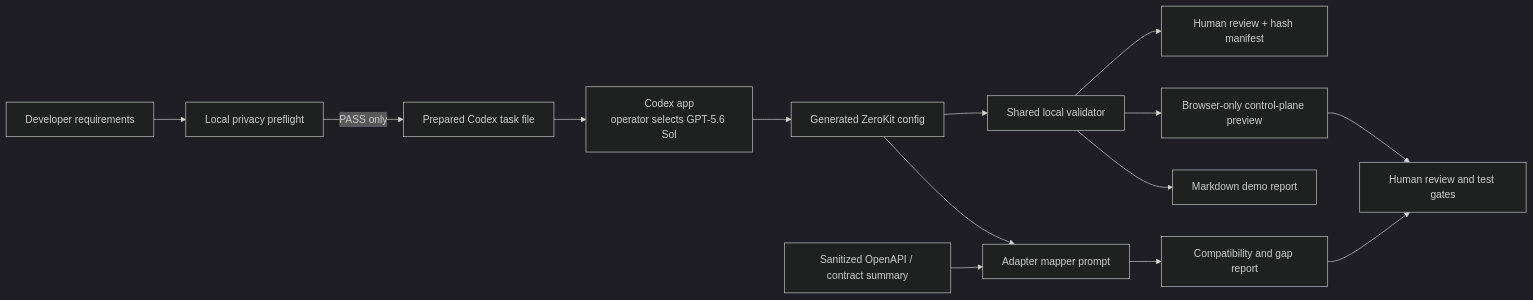
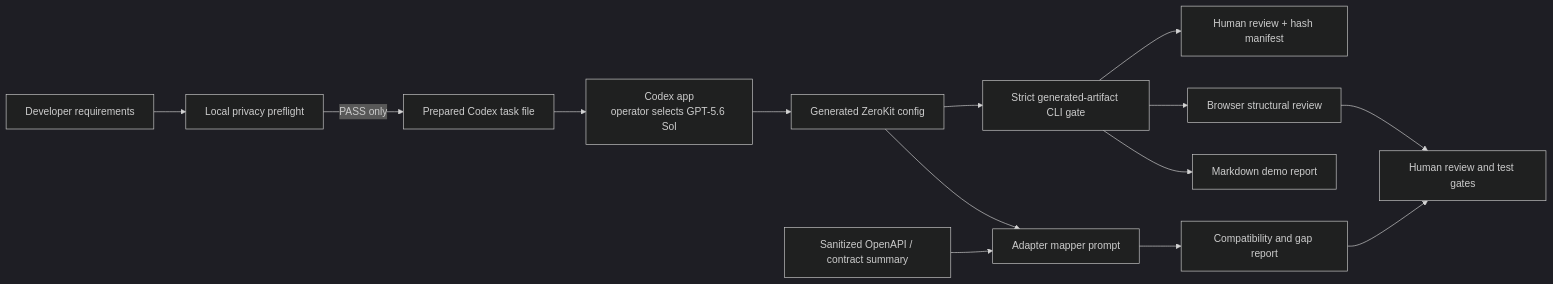
The diagram in README.md (zyganali-glitch/zerokit-ai-control-plane), drawn with Mermaid (dark theme) before and after one commit. The commit also changed other lines of this file and 35 other files, not shown here.

````diff
--- a/README.md
+++ b/README.md
@@ -47,16 +57,16 @@
 ```mermaid
 flowchart LR
   A["Developer requirements"] --> P["Local privacy preflight"]
   P -->|"PASS only"| T["Prepared Codex task file"]
   T --> B["Codex app\noperator selects GPT-5.6 Sol"]
   B --> C["Generated ZeroKit config"]
-  C --> D["Shared local validator"]
+  C --> D["Strict generated-artifact CLI gate"]
   D --> M["Human review + hash manifest"]
-  D --> E["Browser-only control-plane preview"]
+  D --> E["Browser structural review"]
   D --> F["Markdown demo report"]
   G["Sanitized OpenAPI / contract summary"] --> H["Adapter mapper prompt"]
   C --> H
   H --> I["Compatibility and gap report"]
   I --> J["Human review and test gates"]
   E --> J
 ```
````
